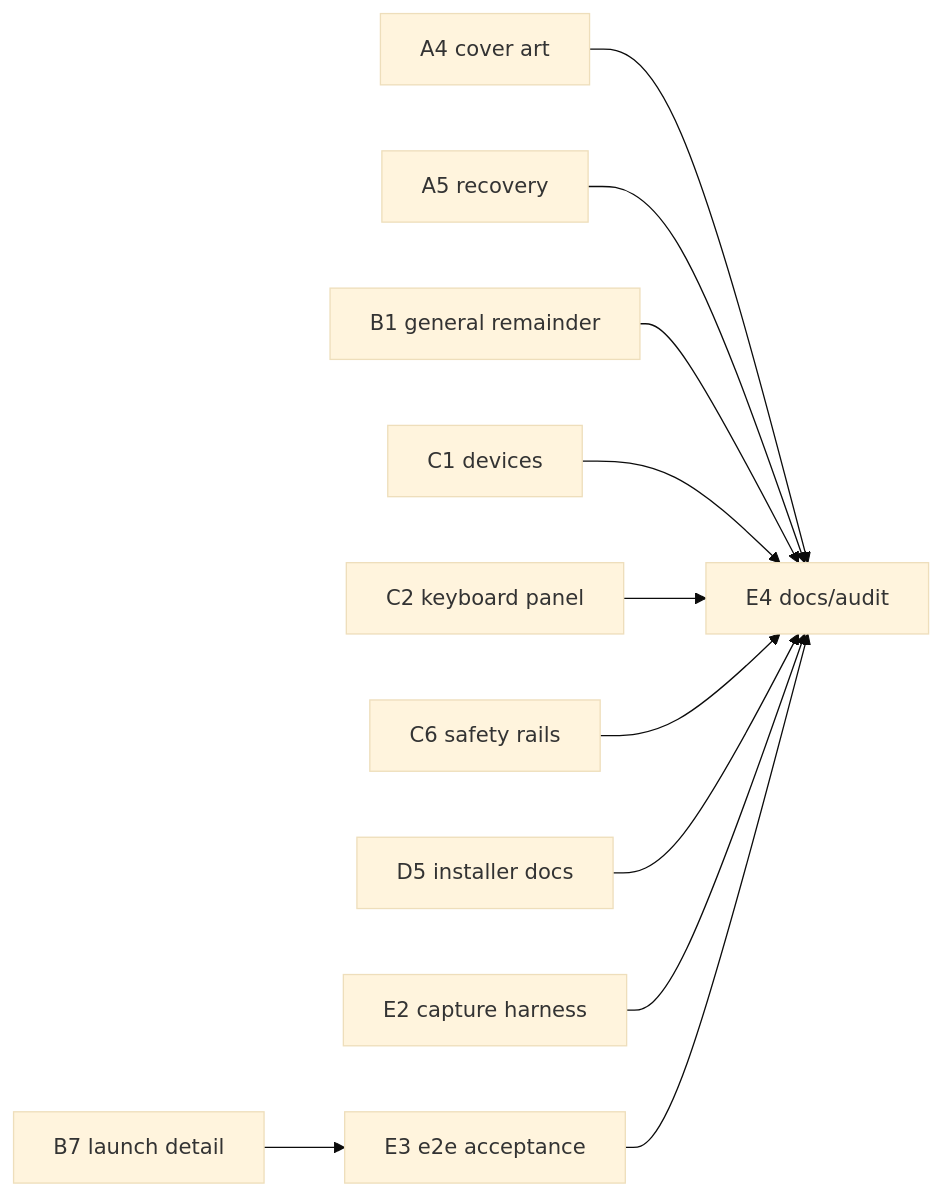
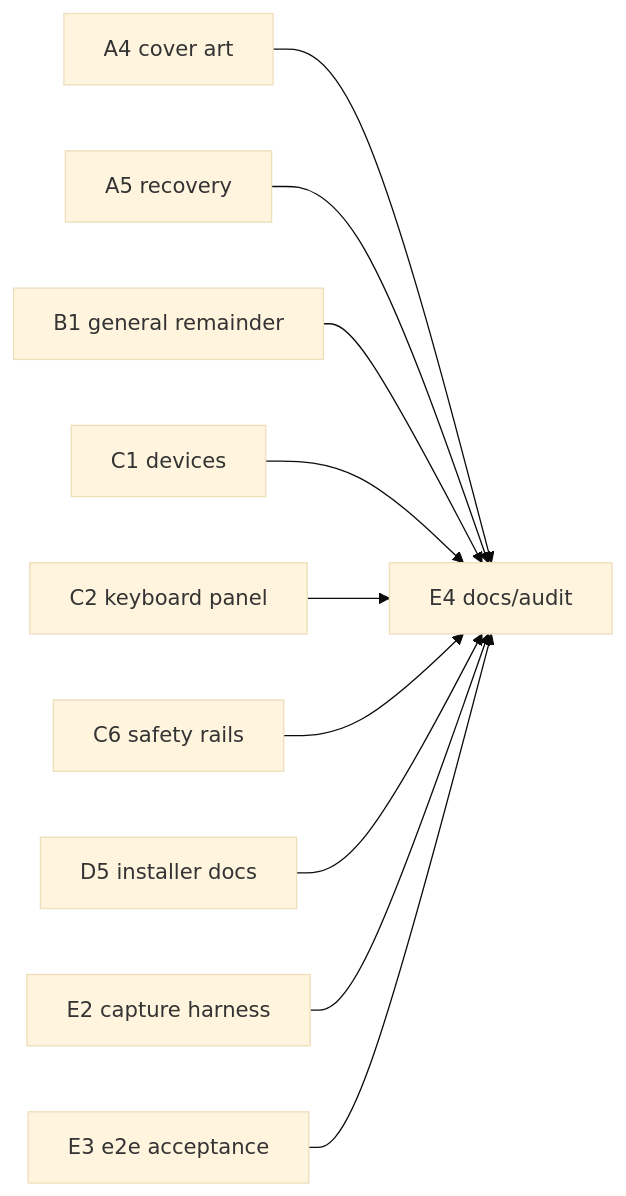
One commit to gabrielofavero/rb-blitz-xenon-recomp changed the diagram in docs/plans/launcher-plan.md. Above: the diagram before and after it, drawn with Mermaid (base theme). The commit also changed other lines of this file and 6 other files, not shown here.

````diff
--- a/docs/plans/launcher-plan.md
+++ b/docs/plans/launcher-plan.md
@@ -1097,20 +1082,19 @@
 ```mermaid
 graph LR
   A4[A4 cover art]
   A5[A5 recovery]
   B1[B1 general remainder]
-  B7[B7 launch detail] --> E3[E3 e2e acceptance]
   C1[C1 devices]
   C2[C2 keyboard panel]
   C6[C6 safety rails]
   D5[D5 installer docs]
   A4 --> E4[E4 docs/audit]
   A5 --> E4
   B1 --> E4
   C1 --> E4
   C2 --> E4
   C6 --> E4
   D5 --> E4
   E2[E2 capture harness] --> E4
-  E3 --> E4
+  E3[E3 e2e acceptance] --> E4
 ```
````
